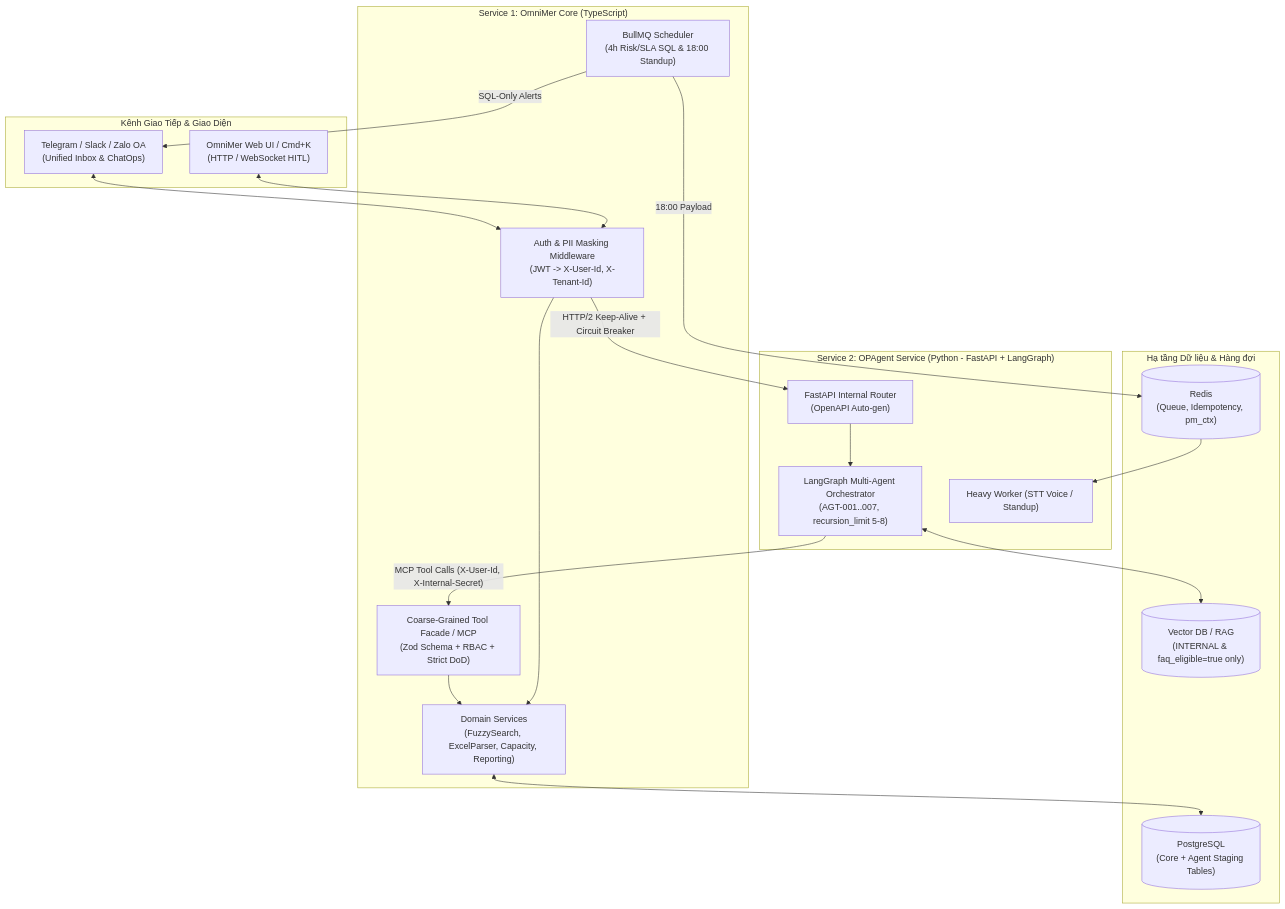
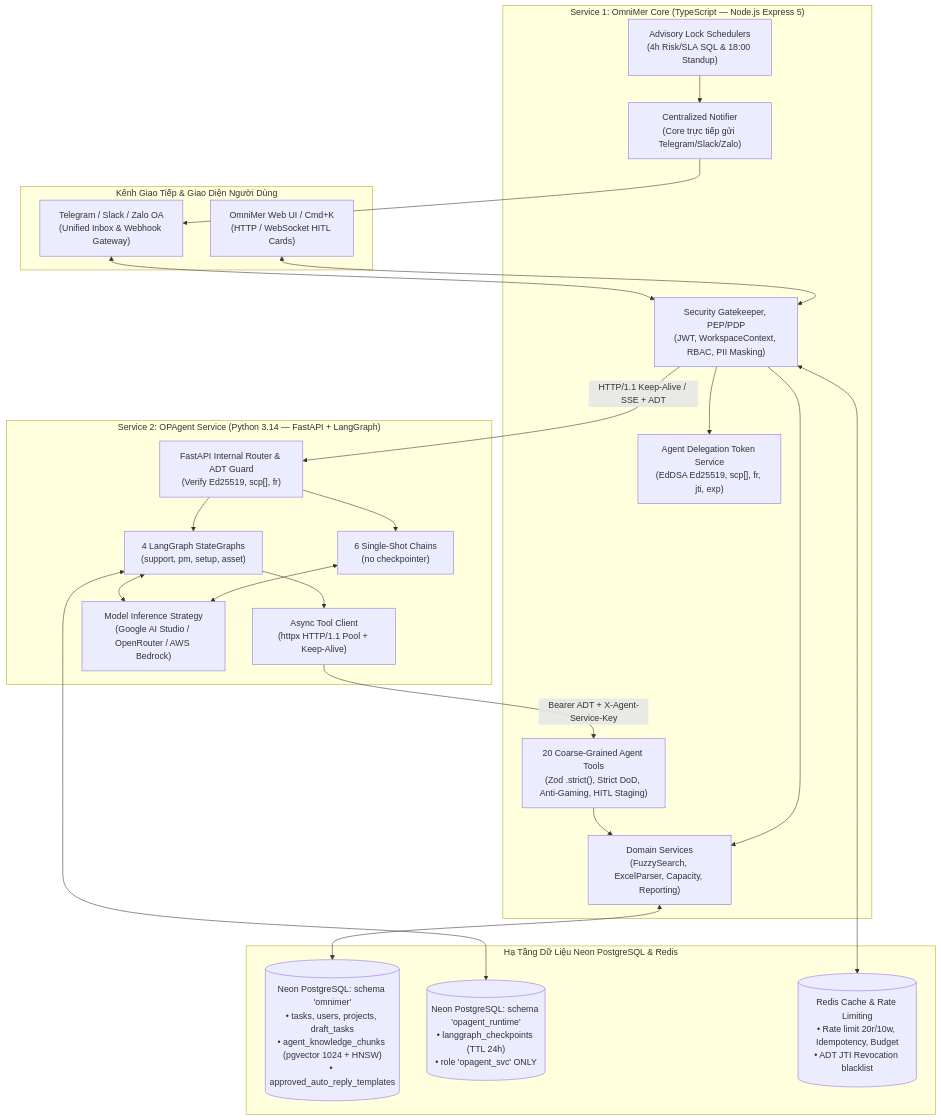
Before and after one commit to HuynhTri-dev/omnimer_team_doc: the first of 2 diagrams in docs/bda/02-phase1-omniproject/agent_project/01_SRS_OPAGENT_MULTI_AGENT_ECOSYSTEM.md, drawn with Mermaid. The commit also changed other lines of this file and 2 other files, not shown here.

Commit message:
docs(srs): sync documentation with architecture v2.0.0 and update technical scope

````diff
--- a/docs/bda/02-phase1-omniproject/agent_project/01_SRS_OPAGENT_MULTI_AGENT_ECOSYSTEM.md
+++ b/docs/bda/02-phase1-omniproject/agent_project/01_SRS_OPAGENT_MULTI_AGENT_ECOSYSTEM.md
@@ -47,37 +56,46 @@
 ```mermaid
 flowchart TB
-    subgraph Clients["Kênh Giao Tiếp & Giao Diện"]
-        UI["OmniMer Web UI / Cmd+K<br/>(HTTP / WebSocket HITL)"]
-        EXT["Telegram / Slack / Zalo OA<br/>(Unified Inbox & ChatOps)"]
+    subgraph Clients["Kênh Giao Tiếp & Giao Diện Người Dùng"]
+        UI["OmniMer Web UI / Cmd+K<br/>(HTTP / WebSocket HITL Cards)"]
+        EXT["Telegram / Slack / Zalo OA<br/>(Unified Inbox & Webhook Gateway)"]
     end
 
-    subgraph CoreService["Service 1: OmniMer Core (TypeScript)"]
-        GW["Auth & PII Masking Middleware<br/>(JWT -> X-User-Id, X-Tenant-Id)"]
-        CRON["BullMQ Scheduler<br/>(4h Risk/SLA SQL & 18:00 Standup)"]
-        FACADE["Coarse-Grained Tool Facade / MCP<br/>(Zod Schema + RBAC + Strict DoD)"]
+    subgraph CoreService["Service 1: OmniMer Core (TypeScript — Node.js Express 5)"]
+        GW["Security Gatekeeper, PEP/PDP<br/>(JWT, WorkspaceContext, RBAC, PII Masking)"]
+        ADT["Agent Delegation Token Service<br/>(EdDSA Ed25519, scp[], fr, jti, exp)"]
+        CRON["Advisory Lock Schedulers<br/>(4h Risk/SLA SQL & 18:00 Standup)"]
+        FACADE["20 Coarse-Grained Agent Tools<br/>(Zod .strict(), Strict DoD, Anti-Gaming, HITL Staging)"]
+        NOTIFIER["Centralized Notifier<br/>(Core trực tiếp gửi Telegram/Slack/Zalo)"]
         DOMAIN["Domain Services<br/>(FuzzySearch, ExcelParser, Capacity, Reporting)"]
     end
 
-    subgraph Infra["Hạ tầng Dữ liệu & Hàng đợi"]
-        DB[("PostgreSQL<br/>(Core + Agent Staging Tables)")]
-        REDIS[("Redis<br/>(Queue, Idempotency, pm_ctx)")]
-        QDRANT[("Vector DB / RAG<br/>(INTERNAL & faq_eligible=true only)")]
+    subgraph Infra["Hạ Tầng Dữ Liệu Neon PostgreSQL & Redis"]
+        DB_CORE[("Neon PostgreSQL: schema 'omnimer'<br/>• tasks, users, projects, draft_tasks<br/>• agent_knowledge_chunks (pgvector 1024 + HNSW)<br/>• approved_auto_reply_templates")]
+        DB_RUNTIME[("Neon PostgreSQL: schema 'opagent_runtime'<br/>• langgraph_checkpoints (TTL 24h)<br/>• role 'opagent_svc' ONLY")]
+        REDIS[("Redis Cache & Rate Limiting<br/>• Rate limit 20r/10w, Idempotency, Budget<br/>• ADT JTI Revocation blacklist")]
     end
 
-    subgraph AgentService["Service 2: OPAgent Service (Python - FastAPI + LangGraph)"]
-        API["FastAPI Internal Router<br/>(OpenAPI Auto-gen)"]
-        GRAPH["LangGraph Multi-Agent Orchestrator<br/>(AGT-001..007, recursion_limit 5-8)"]
-        WORKER["Heavy Worker (STT Voice / Standup)"]
+    subgraph AgentService["Service 2: OPAgent Service (Python 3.14 — FastAPI + LangGraph)"]
+        API["FastAPI Internal Router & ADT Guard<br/>(Verify Ed25519, scp[], fr)"]
+        SINGLE_CHAINS["6 Single-Shot Chains<br/>(no checkpointer)"]
+        STATE_GRAPHS["4 LangGraph StateGraphs<br/>(support, pm, setup, asset)"]
+        TOOL_CLIENT["Async Tool Client<br/>(httpx HTTP/1.1 Pool + Keep-Alive)"]
+        INFERENCE["Model Inference Strategy<br/>(Google AI Studio / OpenRouter / AWS Bedrock)"]
     end
 
     UI <--> GW
     EXT <--> GW
+    GW --> ADT
     GW --> DOMAIN
-    GW -- "HTTP/2 Keep-Alive + Circuit Breaker" --> API
-    CRON -- "SQL-Only Alerts" --> EXT
-    CRON -- "18:00 Payload" --> REDIS --> WORKER
-    API --> GRAPH
-    GRAPH <--> QDRANT
-    GRAPH -- "MCP Tool Calls (X-User-Id, X-Internal-Secret)" --> FACADE
-    FACADE --> DOMAIN <--> DB
+    GW -- "HTTP/1.1 Keep-Alive / SSE + ADT" --> API
+    CRON --> NOTIFIER --> EXT
+    API --> SINGLE_CHAINS
+    API --> STATE_GRAPHS
+    STATE_GRAPHS <--> DB_RUNTIME
+    STATE_GRAPHS --> TOOL_CLIENT
+    TOOL_CLIENT -- "Bearer ADT + X-Agent-Service-Key" --> FACADE
+    FACADE --> DOMAIN <--> DB_CORE
+    GW <--> REDIS
+    SINGLE_CHAINS <--> INFERENCE
+    STATE_GRAPHS <--> INFERENCE
 ```
````
